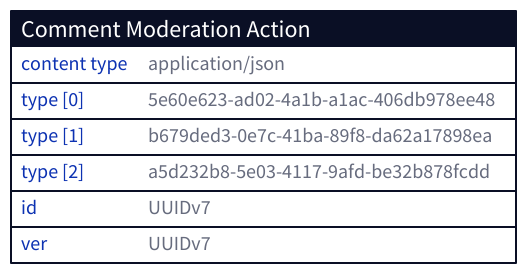
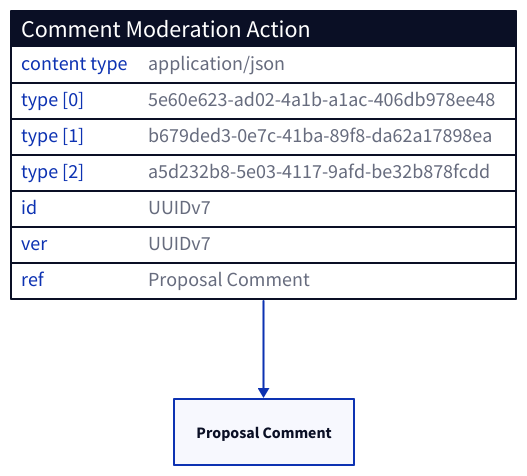
The diagram in docs/src/architecture/08_concepts/signed_doc/docs/comment_moderation_action.md (input-output-hk/catalyst-libs), drawn with D2 before and after one commit. The commit also changed other lines of this file and 31 other files, not shown here.

````diff
--- a/docs/src/architecture/08_concepts/signed_doc/docs/comment_moderation_action.md
+++ b/docs/src/architecture/08_concepts/signed_doc/docs/comment_moderation_action.md
@@ -7,12 +7,15 @@
 ```d2 layout="elk"
 "Comment Moderation Action": {
   shape: sql_table
   "content type": application/json
   "type [0]": 5e60e623-ad02-4a1b-a1ac-406db978ee48
   "type [1]": b679ded3-0e7c-41ba-89f8-da62a17898ea
   "type [2]": a5d232b8-5e03-4117-9afd-be32b878fcdd
   "id": UUIDv7
   "ver": UUIDv7
+  "ref": Proposal Comment
 
 }
+
+"Comment Moderation Action"."ref"->"Proposal Comment"
 ```
````
